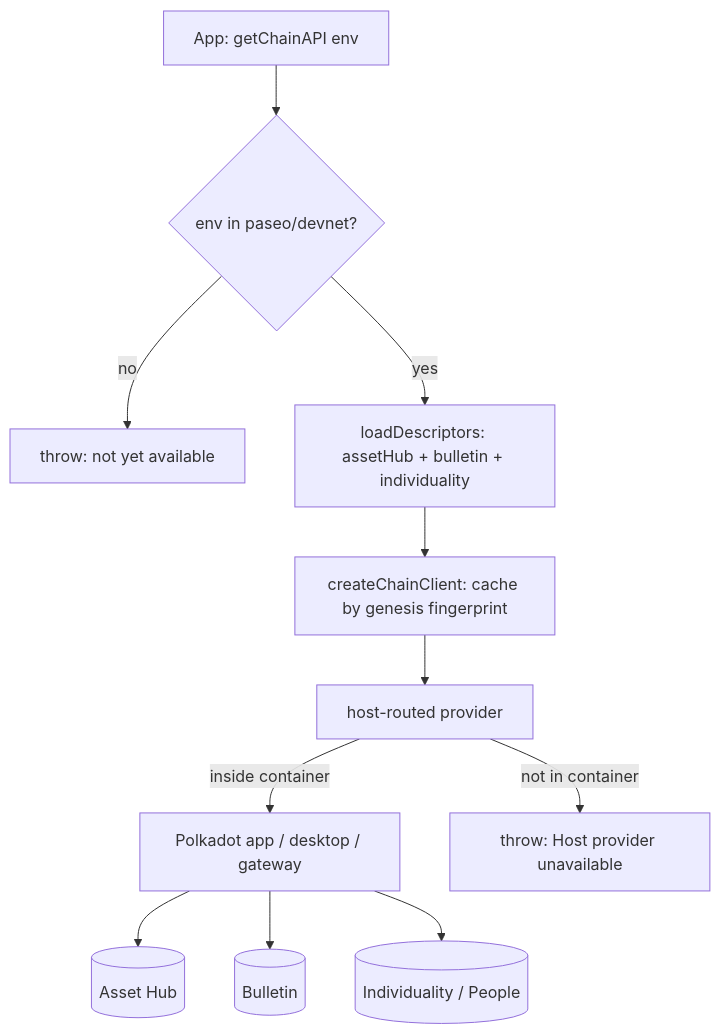
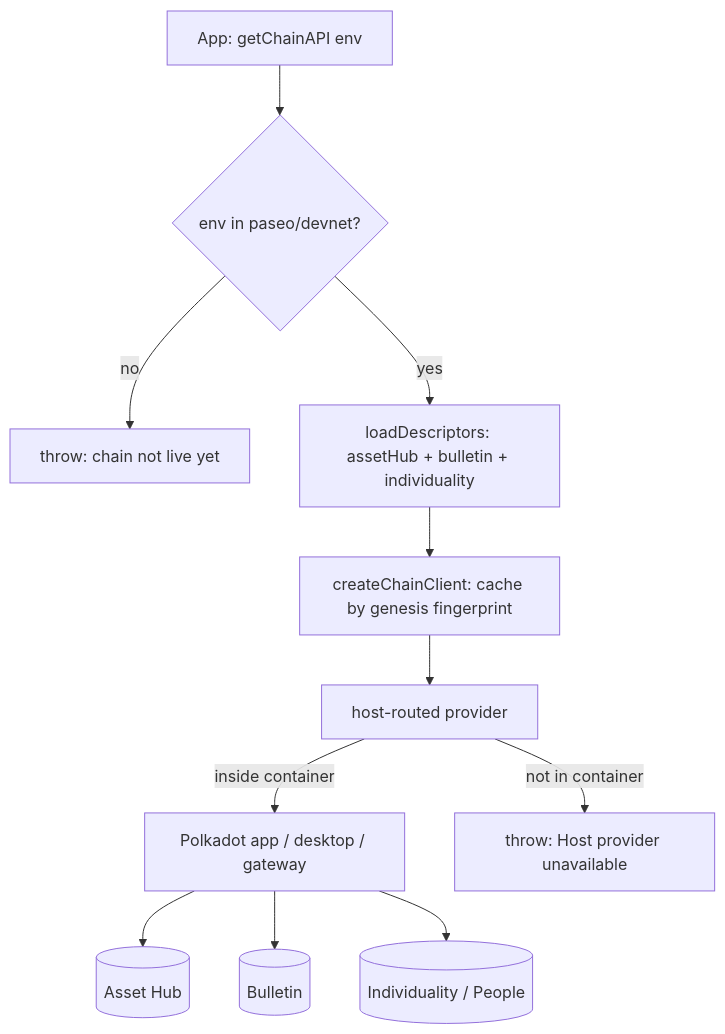
One commit to Polkadot-Community-Foundation/polkadot-app-docs changed the diagram in docs/guides/platform-services-sdk.md. Above: the diagram before and after it, drawn with Mermaid. The commit also changed other lines of this file and 20 other files, not shown here.

````diff
--- a/docs/guides/platform-services-sdk.md
+++ b/docs/guides/platform-services-sdk.md
@@ -80,13 +91,13 @@
 ```mermaid
 flowchart TD
   A[App: getChainAPI env] --> B{env in paseo/devnet?}
-  B -- no --> X[throw: not yet available]
+  B -- no --> X[throw: chain not live yet]
   B -- yes --> C[loadDescriptors: assetHub + bulletin + individuality]
   C --> D[createChainClient: cache by genesis fingerprint]
   D --> E[host-routed provider]
   E -- inside container --> G[Polkadot app / desktop / gateway]
   E -- not in container --> Y[throw: Host provider unavailable]
   G --> H[(Asset Hub)]
   G --> I[(Bulletin)]
   G --> J[(Individuality / People)]
 ```
````
